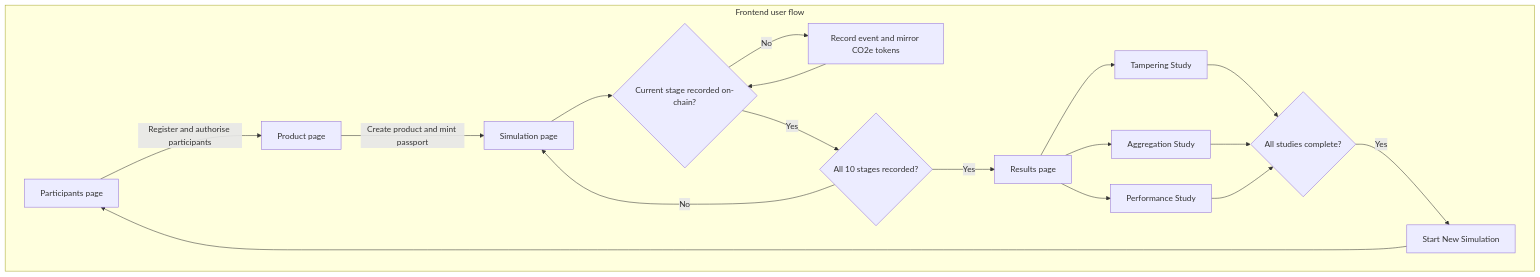
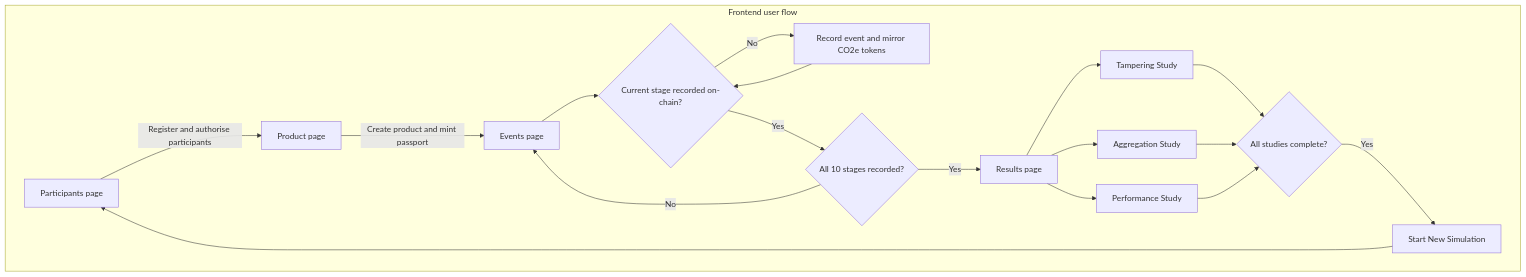
The diagram in docs/frontend/overview.md (kunalpop/granular-carbon-tracking-mvp), drawn with Mermaid before and after one commit. The commit also changed other lines of this file and 22 other files, not shown here.

Commit message:
Made the product, participants, and events fields editable and event recording in order

````diff
--- a/docs/frontend/overview.md
+++ b/docs/frontend/overview.md
@@ -27,21 +27,21 @@
 ```mermaid
 flowchart TD
     subgraph Workflow[Frontend user flow]
         A[Participants page] -->|Register and authorise participants| B[Product page]
-        B -->|Create product and mint passport| C[Simulation page]
+        B -->|Create product and mint passport| C[Events page]
         C --> D{Current stage recorded on-chain?}
         D -->|No| E[Record event and mirror CO2e tokens]
         E --> D
         D -->|Yes| F{All 10 stages recorded?}
         F -->|No| C
         F -->|Yes| G[Results page]
         G --> H[Tampering Study]
         G --> I[Aggregation Study]
         G --> J[Performance Study]
         H --> K{All studies complete?}
         I --> K
         J --> K
         K -->|Yes| L[Start New Simulation]
         L --> A
     end
 ```
````
